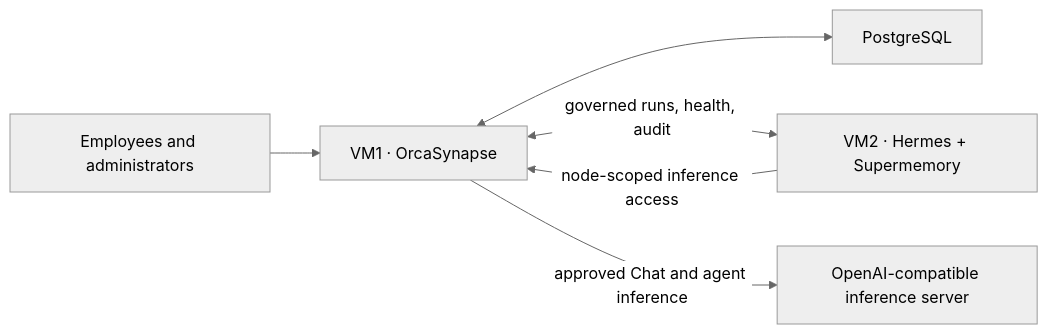
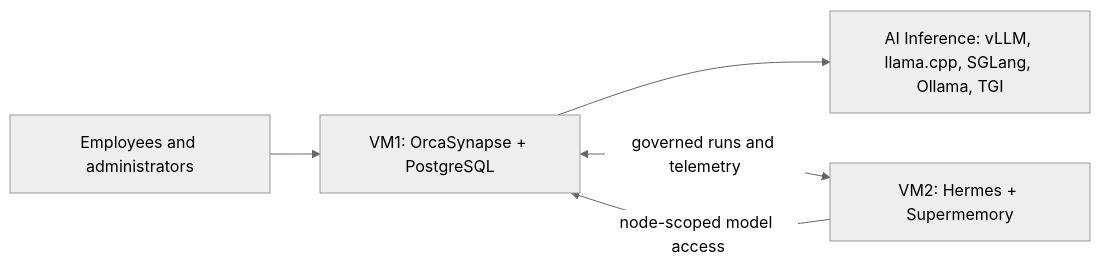
Before and after one commit to multichainerz/AI: the diagram in README.md, drawn with Mermaid (neutral theme). The commit also changed other lines of this file and 9 other files, not shown here.

````diff
--- a/README.md
+++ b/README.md
@@ -25,8 +51,7 @@
 ```mermaid
 flowchart LR
-  USER["Employees and administrators"] --> ORCA["VM1 · OrcaSynapse"]
-  ORCA <--> PG["PostgreSQL"]
-  ORCA <-->|"governed runs, health, audit"| AGENT["VM2 · Hermes + Supermemory"]
-  ORCA -->|"approved Chat and agent inference"| GPU["OpenAI-compatible inference server"]
-  AGENT -->|"node-scoped inference access"| ORCA
+  PEOPLE["Employees and administrators"] --> ORCA["VM1: OrcaSynapse + PostgreSQL"]
+  ORCA --> INFERENCE["AI Inference: vLLM, llama.cpp, SGLang, Ollama, TGI"]
+  ORCA <-->|"governed runs and telemetry"| AGENTS["VM2: Hermes + Supermemory"]
+  AGENTS -->|"node-scoped model access"| ORCA
 ```
````
